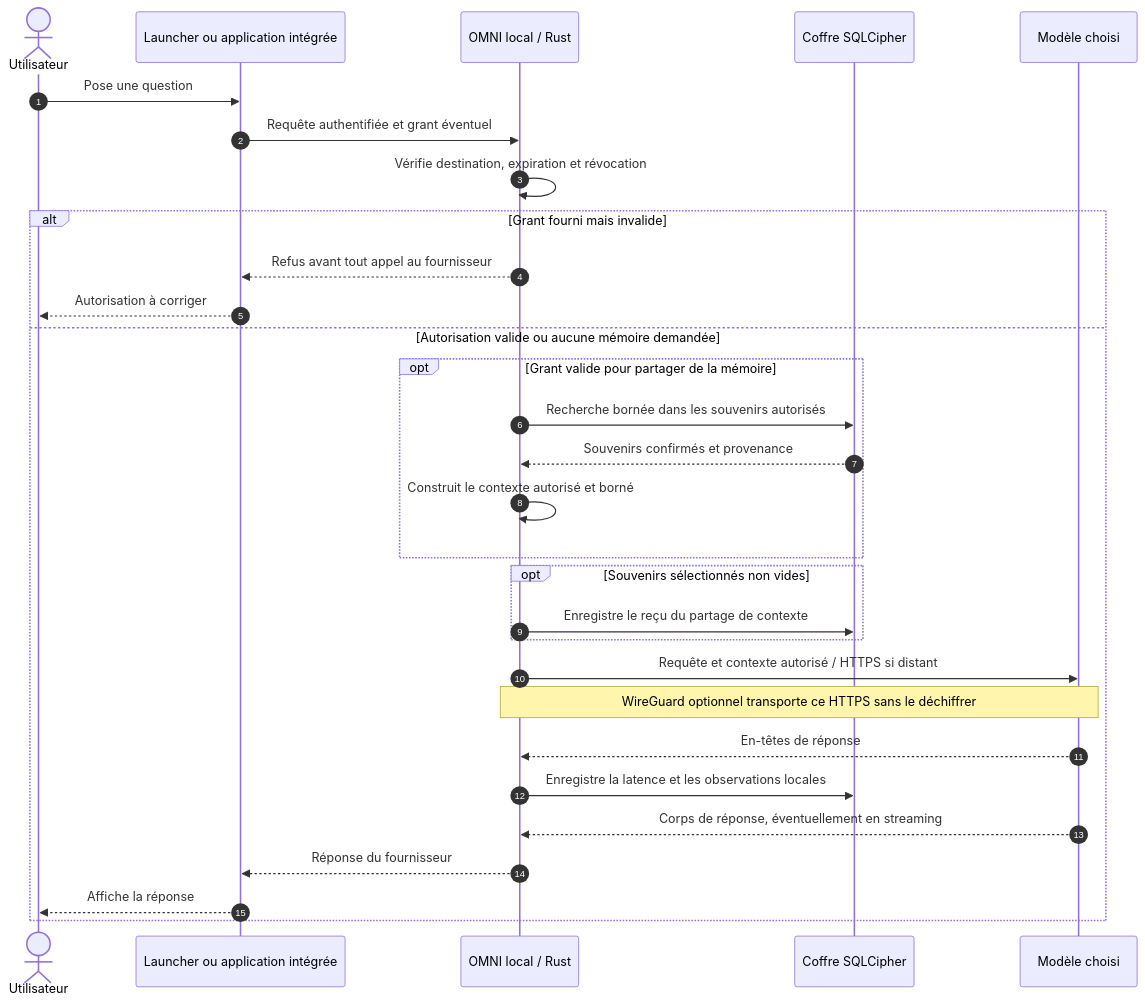
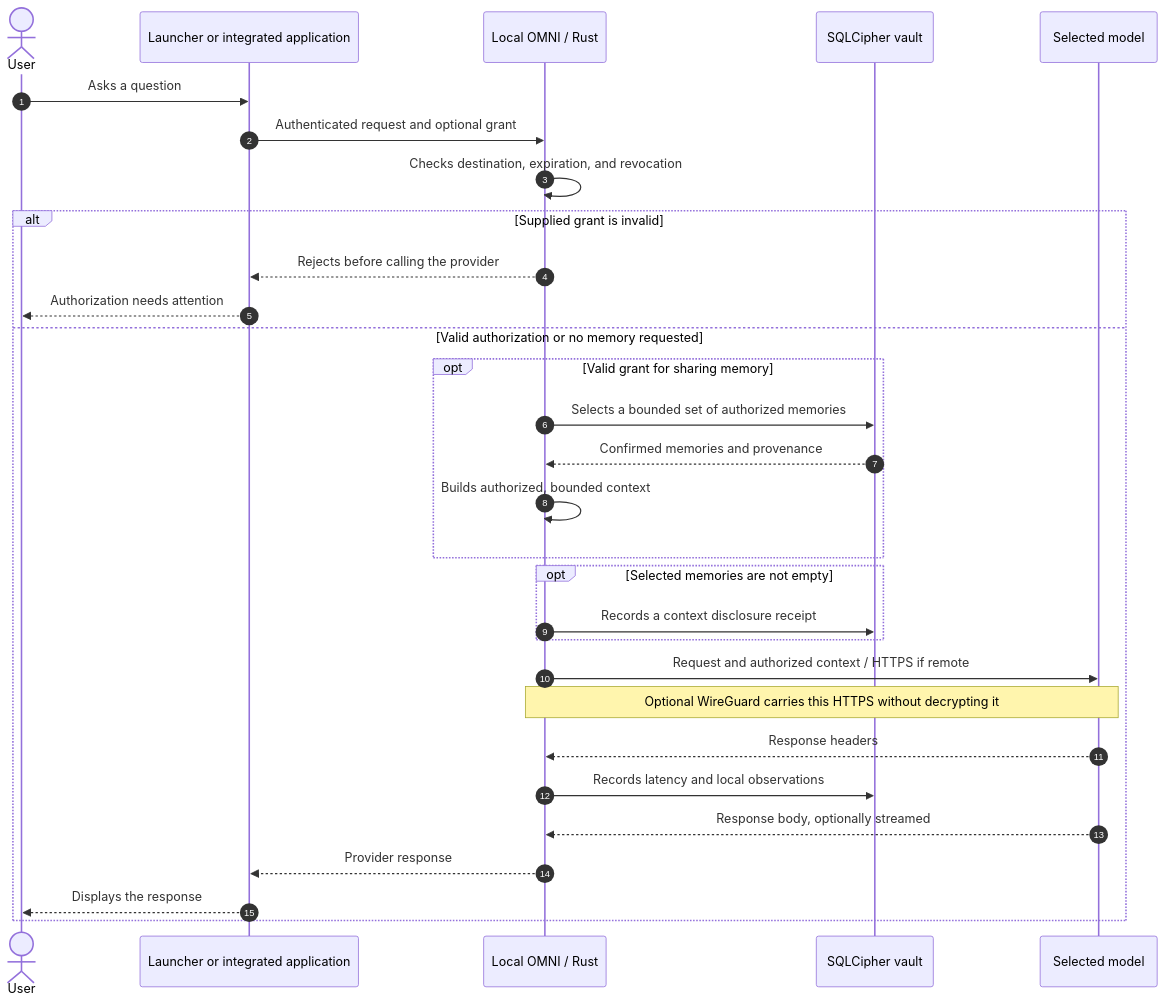
Before and after one commit to nabz0r/OMNI-OS: the first of 5 diagrams in DIAGRAMS.md, drawn with Mermaid. The commit also changed other lines of this file and 11 other files, not shown here.

````diff
--- a/DIAGRAMS.md
+++ b/DIAGRAMS.md
@@ -11,33 +11,33 @@
 ```mermaid
 sequenceDiagram
     autonumber
-    actor User as Utilisateur
-    participant UI as Launcher ou application intégrée
-    participant Core as OMNI local / Rust
-    participant Vault as Coffre SQLCipher
-    participant LLM as Modèle choisi
+    actor User as User
+    participant UI as Launcher or integrated application
+    participant Core as Local OMNI / Rust
+    participant Vault as SQLCipher vault
+    participant LLM as Selected model
 
-    User->>UI: Pose une question
-    UI->>Core: Requête authentifiée et grant éventuel
-    Core->>Core: Vérifie destination, expiration et révocation
-    alt Grant fourni mais invalide
-        Core-->>UI: Refus avant tout appel au fournisseur
-        UI-->>User: Autorisation à corriger
-    else Autorisation valide ou aucune mémoire demandée
-        opt Grant valide pour partager de la mémoire
-            Core->>Vault: Recherche bornée dans les souvenirs autorisés
-            Vault-->>Core: Souvenirs confirmés et provenance
-            Core->>Core: Construit le contexte autorisé et borné
+    User->>UI: Asks a question
+    UI->>Core: Authenticated request and optional grant
+    Core->>Core: Checks destination, expiration, and revocation
+    alt Supplied grant is invalid
+        Core-->>UI: Rejects before calling the provider
+        UI-->>User: Authorization needs attention
+    else Valid authorization or no memory requested
+        opt Valid grant for sharing memory
+            Core->>Vault: Selects a bounded set of authorized memories
+            Vault-->>Core: Confirmed memories and provenance
+            Core->>Core: Builds authorized, bounded context
         end
-        opt Souvenirs sélectionnés non vides
-            Core->>Vault: Enregistre le reçu du partage de contexte
+        opt Selected memories are not empty
+            Core->>Vault: Records a context disclosure receipt
         end
-        Core->>LLM: Requête et contexte autorisé / HTTPS si distant
-        Note over Core,LLM: WireGuard optionnel transporte ce HTTPS sans le déchiffrer
-        LLM-->>Core: En-têtes de réponse
-        Core->>Vault: Enregistre la latence et les observations locales
-        LLM-->>Core: Corps de réponse, éventuellement en streaming
-        Core-->>UI: Réponse du fournisseur
-        UI-->>User: Affiche la réponse
+        Core->>LLM: Request and authorized context / HTTPS if remote
+        Note over Core,LLM: Optional WireGuard carries this HTTPS without decrypting it
+        LLM-->>Core: Response headers
+        Core->>Vault: Records latency and local observations
+        LLM-->>Core: Response body, optionally streamed
+        Core-->>UI: Provider response
+        UI-->>User: Displays the response
     end
 ```
````
